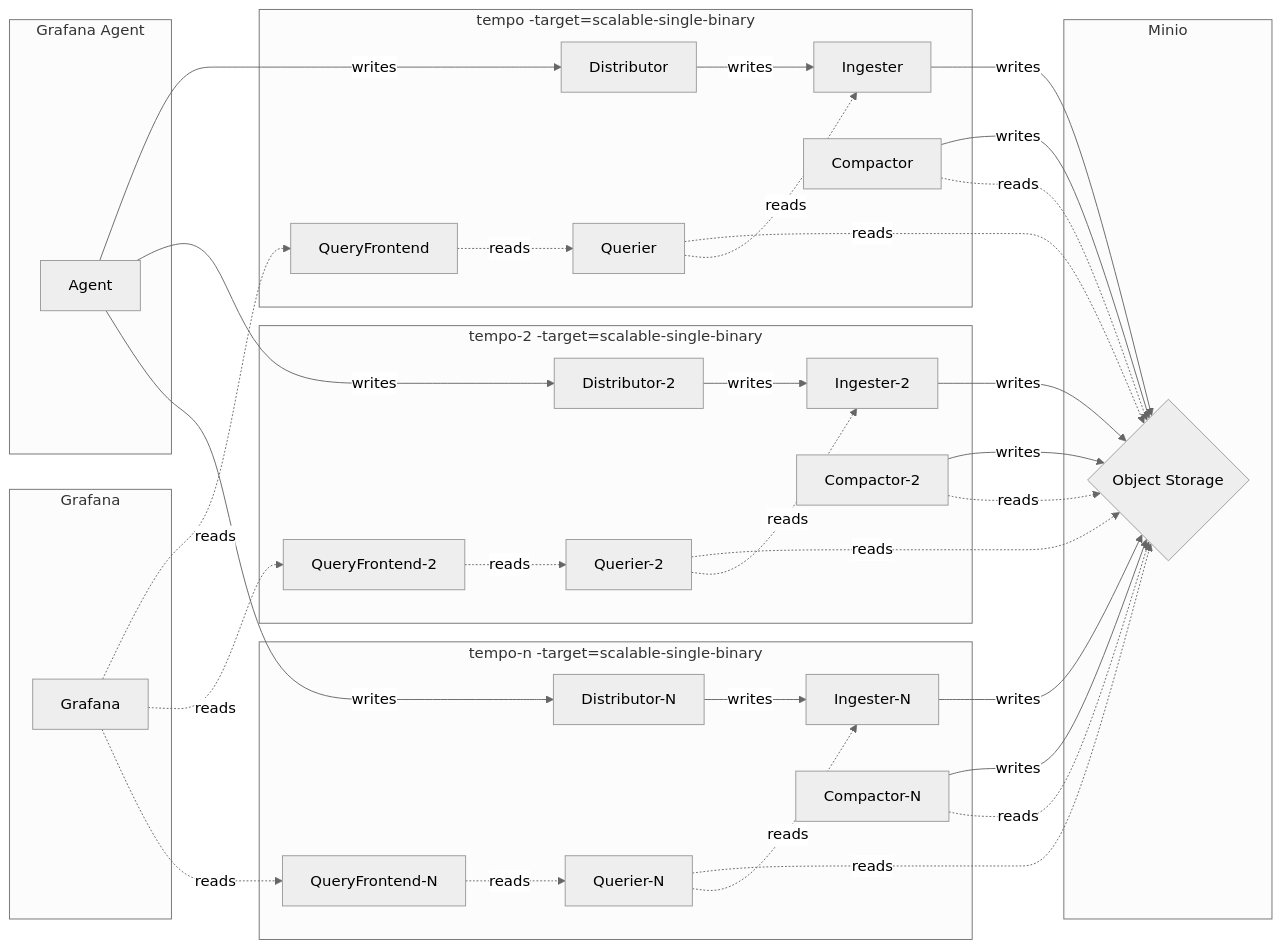
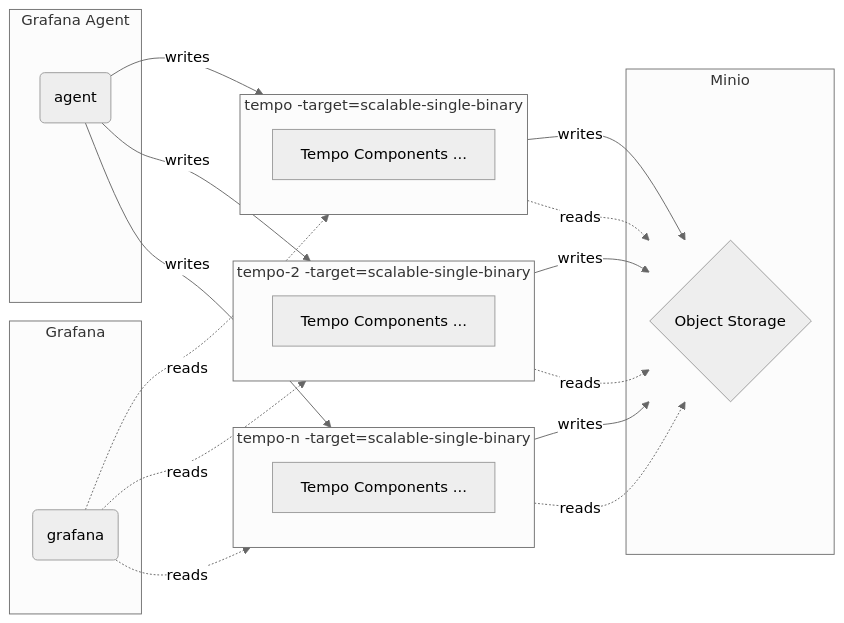
Before and after one commit to qclaogui/codelab-monitoring: the second of 2 diagrams in docker-compose/monolithic-mode/traces/README.md, drawn with Mermaid (neutral theme). The commit also changed other lines of this file and 5 other files, not shown here.

Commit message:
Flowchart code clean

````diff
--- a/docker-compose/monolithic-mode/traces/README.md
+++ b/docker-compose/monolithic-mode/traces/README.md
@@ -43,50 +43,30 @@
 ```mermaid
 flowchart LR
-    Agent   --->|writes| Distributor   -->|writes| Ingester   -->|writes| ObjectStorage
-    Agent   --->|writes| Distributor-2 -->|writes| Ingester-2 -->|writes| ObjectStorage
-    Agent   --->|writes| Distributor-N -->|writes| Ingester-N -->|writes| ObjectStorage
+    A -->|writes| Tempo  -->|writes| M
+    A -->|writes| Tempo2 -->|writes| M
+    A -->|writes| TempoN -->|writes| M
 
-    Grafana -.->|reads| QueryFrontend   -.->|reads| Querier   -.->|reads| ObjectStorage
-    Grafana -.->|reads| QueryFrontend-2 -.->|reads| Querier-2 -.->|reads| ObjectStorage
-    Grafana -.->|reads| QueryFrontend-N -.->|reads| Querier-N -.->|reads| ObjectStorage
+    G -.->|reads| Tempo  -.->|reads| M
+    G -.->|reads| Tempo2 -.->|reads| M
+    G -.->|reads| TempoN -.->|reads| M
 
     subgraph Minio
-        ObjectStorage{"Object Storage"}
+        M{"Object Storage"}
     end
-
-    subgraph GrafanaAgent["Grafana Agent"]
-        Agent
+    subgraph Agent["Grafana Agent"]
+        A("agent")
     end
-
-    subgraph GFGraph["Grafana"]
-        Grafana
+    subgraph Grafana
+        G("grafana")
     end
 
     subgraph Tempo["tempo -target=scalable-single-binary"]
-        Distributor
-        Querier -.->|reads| Ingester
-        QueryFrontend
-
-        Compactor --> |writes| ObjectStorage
-        Compactor -.->|reads | ObjectStorage
+        CP["Tempo Components ..."]
     end
-
-
     subgraph Tempo2["tempo-2 -target=scalable-single-binary"]
-        Distributor-2
-        Querier-2 -.->|reads| Ingester-2
-        QueryFrontend-2
-
-        Compactor-2 --> |writes| ObjectStorage
-        Compactor-2 -.->|reads | ObjectStorage
+        CP-2["Tempo Components ..."]
     end
-
     subgraph TempoN["tempo-n -target=scalable-single-binary"]
-        Distributor-N
-        Querier-N -.->|reads| Ingester-N
-        QueryFrontend-N
-
-        Compactor-N --> |writes| ObjectStorage
-        Compactor-N -.->|reads | ObjectStorage
+        CP-N["`Tempo Components ...`"]
     end
 ```
````
